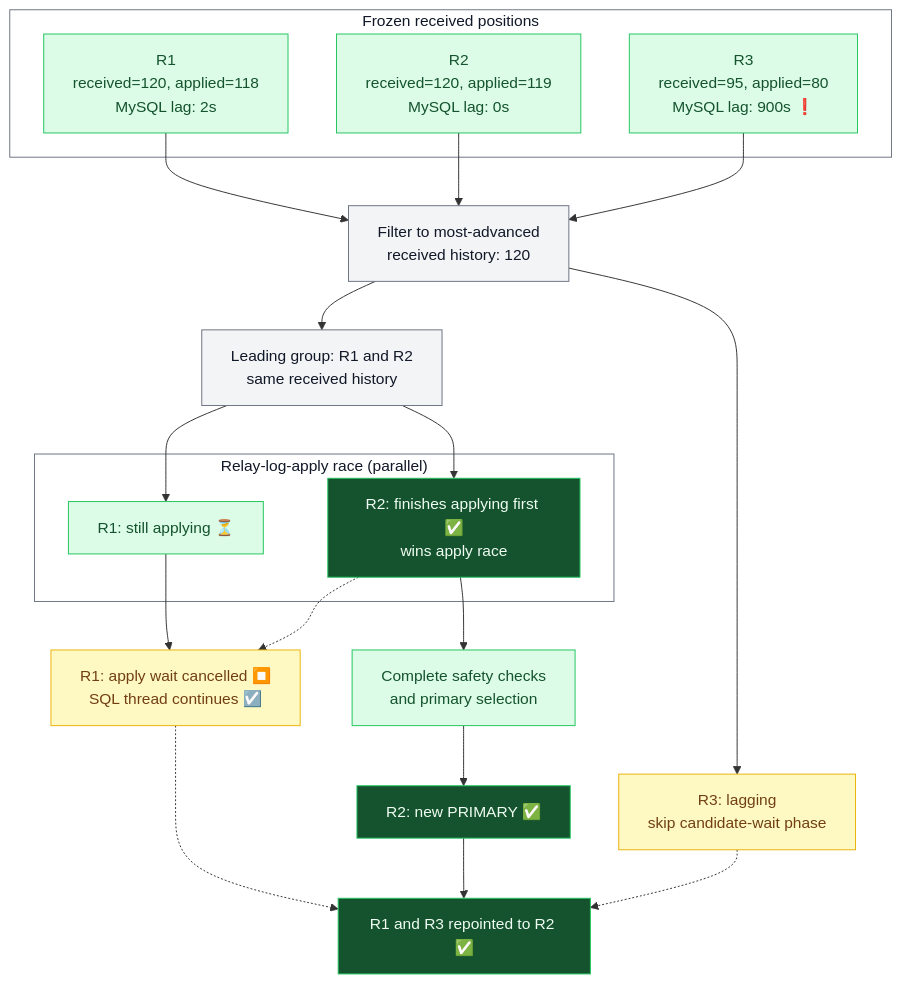
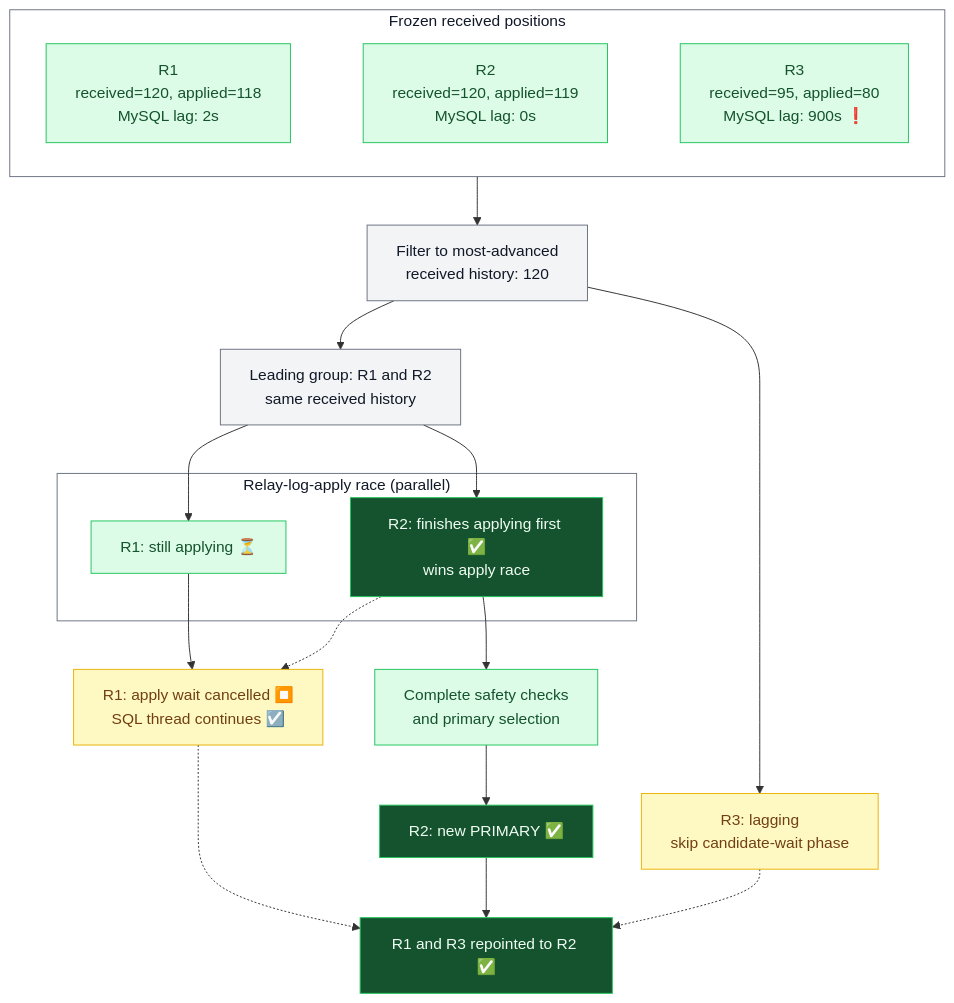
One commit to vitessio/website changed the third of 3 diagrams in content/en/blog/2026-09-23-hardening-emergency-reparent-shard.md. Above: the diagram before and after it, drawn with Mermaid.

Commit message:
Enforce left-to-right tablet order in ERS diagram

````diff
--- a/content/en/blog/2026-09-23-hardening-emergency-reparent-shard.md
+++ b/content/en/blog/2026-09-23-hardening-emergency-reparent-shard.md
@@ -102,39 +102,39 @@
 ```mermaid
 graph TD
     subgraph Positions["Frozen received positions"]
+        direction LR
         R1["R1<br/>received=120, applied=118<br/>MySQL lag: 2s"]
         R2["R2<br/>received=120, applied=119<br/>MySQL lag: 0s"]
         R3["R3<br/>received=95, applied=80<br/>MySQL lag: 900s ❗"]
+        R1 ~~~ R2 ~~~ R3
     end
 
-    R1 --> Filter["Filter to most-advanced<br/>received history: 120"]
-    R2 --> Filter
-    R3 --> Filter
+    Positions --> Filter["Filter to most-advanced<br/>received history: 120"]
     Filter --> Leading["Leading group: R1 and R2<br/>same received history"]
     Filter --> Skipped["R3: lagging<br/>skip candidate-wait phase"]
 
     Leading --> ApplyR1
     Leading --> ApplyR2
     subgraph Race["Relay-log-apply race (parallel)"]
         ApplyR1["R1: still applying ⏳"]
         ApplyR2["R2: finishes applying first ✅<br/>wins apply race"]
     end
 
     ApplyR1 --> Cancelled["R1: apply wait cancelled ⏹️<br/>SQL thread continues ☑️"]
     ApplyR2 -.-> Cancelled
     ApplyR2 --> Checks["Complete safety checks<br/>and primary selection"]
     Checks --> Primary["R2: new PRIMARY ✅"]
     Primary --> Repoint["R1 and R3 repointed to R2 ✅"]
     Cancelled -.-> Repoint
     Skipped -.-> Repoint
 
     classDef default fill:#f3f4f6,stroke:#6b7280,color:#111827
     classDef healthy fill:#dcfce7,stroke:#22c55e,color:#14532d
     classDef warning fill:#fef9c3,stroke:#eab308,color:#713f12
     classDef completed fill:#14532d,stroke:#22c55e,color:#f0fdf4
     class R1,R2,R3,ApplyR1,Checks healthy
     class Skipped,Cancelled warning
     class ApplyR2,Primary,Repoint completed
     style Positions fill:#ffffff,stroke:#6b7280,color:#111827
     style Race fill:#ffffff,stroke:#6b7280,color:#111827
 ```
````
